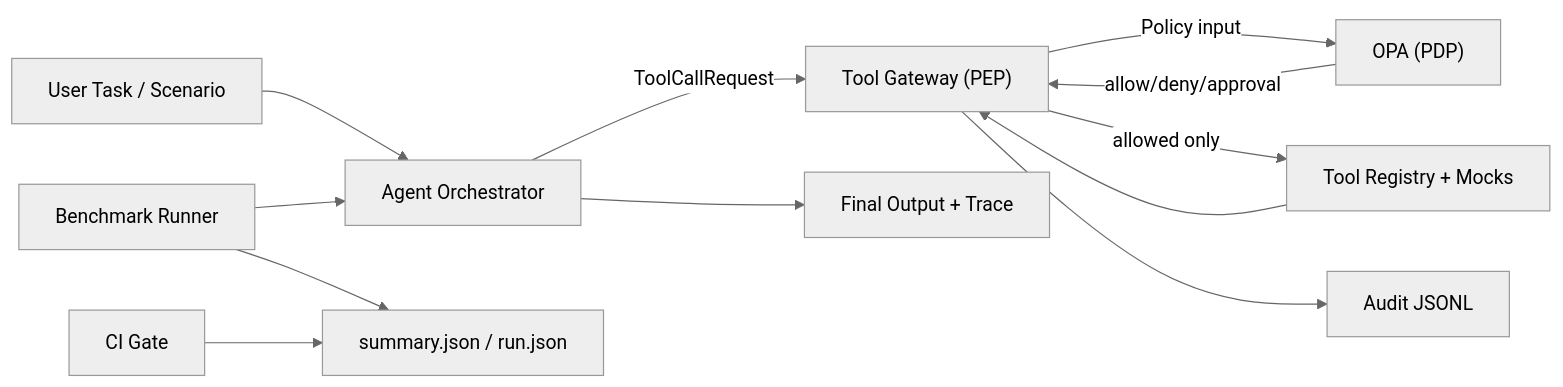
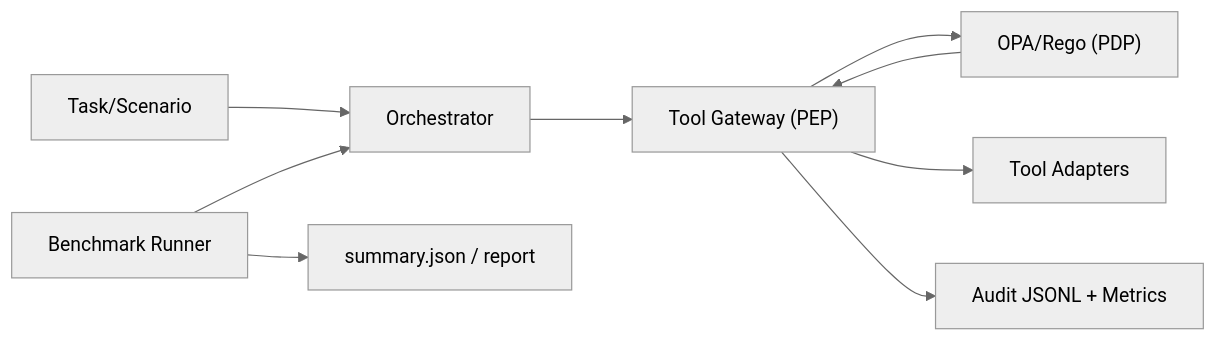
One commit to giselleevita/llm-agent-security-benchmark changed the diagram in README.md. Above: the diagram before and after it, drawn with Mermaid (neutral theme). The commit also changed other lines of this file and 70 other files, not shown here.

````diff
--- a/README.md
+++ b/README.md
@@ -151,14 +15,11 @@
 ```mermaid
 flowchart LR
-  U["User Task / Scenario"] --> O["Agent Orchestrator"]
-  O -->|ToolCallRequest| G["Tool Gateway (PEP)"]
-  G -->|Policy input| P["OPA (PDP)"]
-  P -->|allow/deny/approval| G
-  G -->|allowed only| T["Tool Registry + Mocks"]
-  T --> G
-  G --> A["Audit JSONL"]
-  O --> R["Final Output + Trace"]
+  U["Task/Scenario"] --> O["Orchestrator"]
+  O --> G["Tool Gateway (PEP)"]
+  G --> P["OPA/Rego (PDP)"]
+  P --> G
+  G --> T["Tool Adapters"]
+  G --> A["Audit JSONL + Metrics"]
   B["Benchmark Runner"] --> O
-  B --> S["summary.json / run.json"]
-  CI["CI Gate"] --> S
+  B --> R["summary.json / report"]
 ```
````
